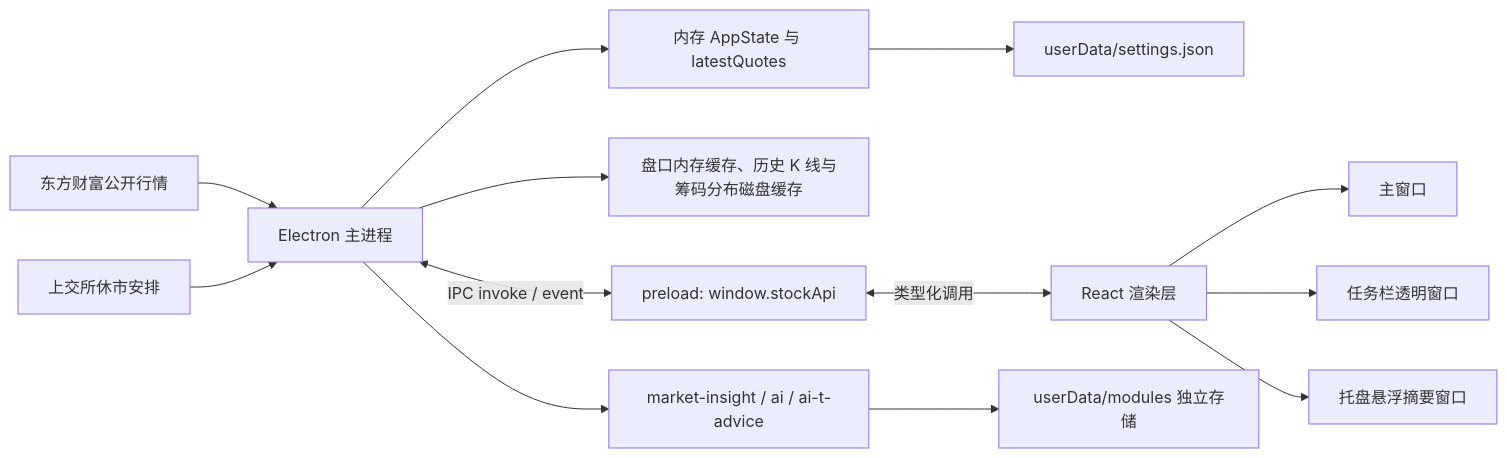
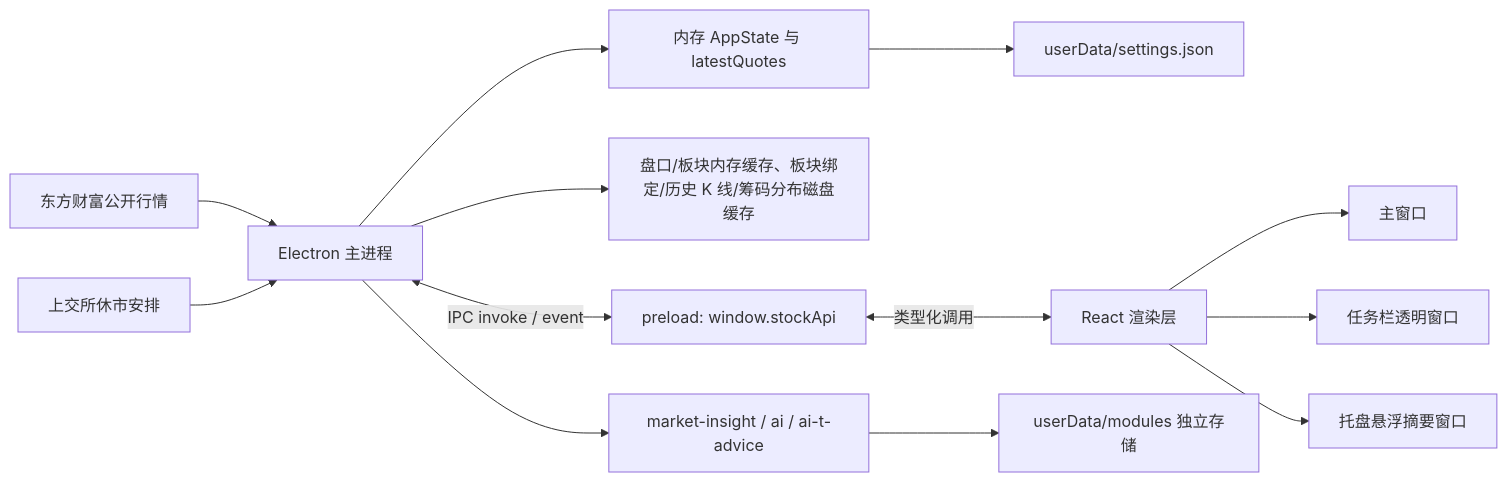
One commit to SingleOne/JianZhang changed the first of 3 diagrams in docs/wiki/01-architecture.md. Above: the diagram before and after it, drawn with Mermaid. The commit also changed other lines of this file and 18 other files, not shown here.

````diff
--- a/docs/wiki/01-architecture.md
+++ b/docs/wiki/01-architecture.md
@@ -7,15 +7,15 @@
 ```mermaid
 flowchart LR
     EM["东方财富公开行情"] --> MAIN["Electron 主进程"]
     SSE["上交所休市安排"] --> MAIN
     MAIN --> STATE["内存 AppState 与 latestQuotes"]
     STATE --> FILE["userData/settings.json"]
-    MAIN --> CACHE["盘口内存缓存、历史 K 线与筹码分布磁盘缓存"]
+    MAIN --> CACHE["盘口/板块内存缓存、板块绑定/历史 K 线/筹码分布磁盘缓存"]
     MAIN <-->|"IPC invoke / event"| PRELOAD["preload: window.stockApi"]
     PRELOAD <-->|"类型化调用"| UI["React 渲染层"]
     UI --> MAINWIN["主窗口"]
     UI --> TASKBAR["任务栏透明窗口"]
     UI --> TRAYPOP["托盘悬浮摘要窗口"]
     MAIN --> MODULES["market-insight / ai / ai-t-advice"]
     MODULES --> MODULESTORE["userData/modules 独立存储"]
 ```
````
